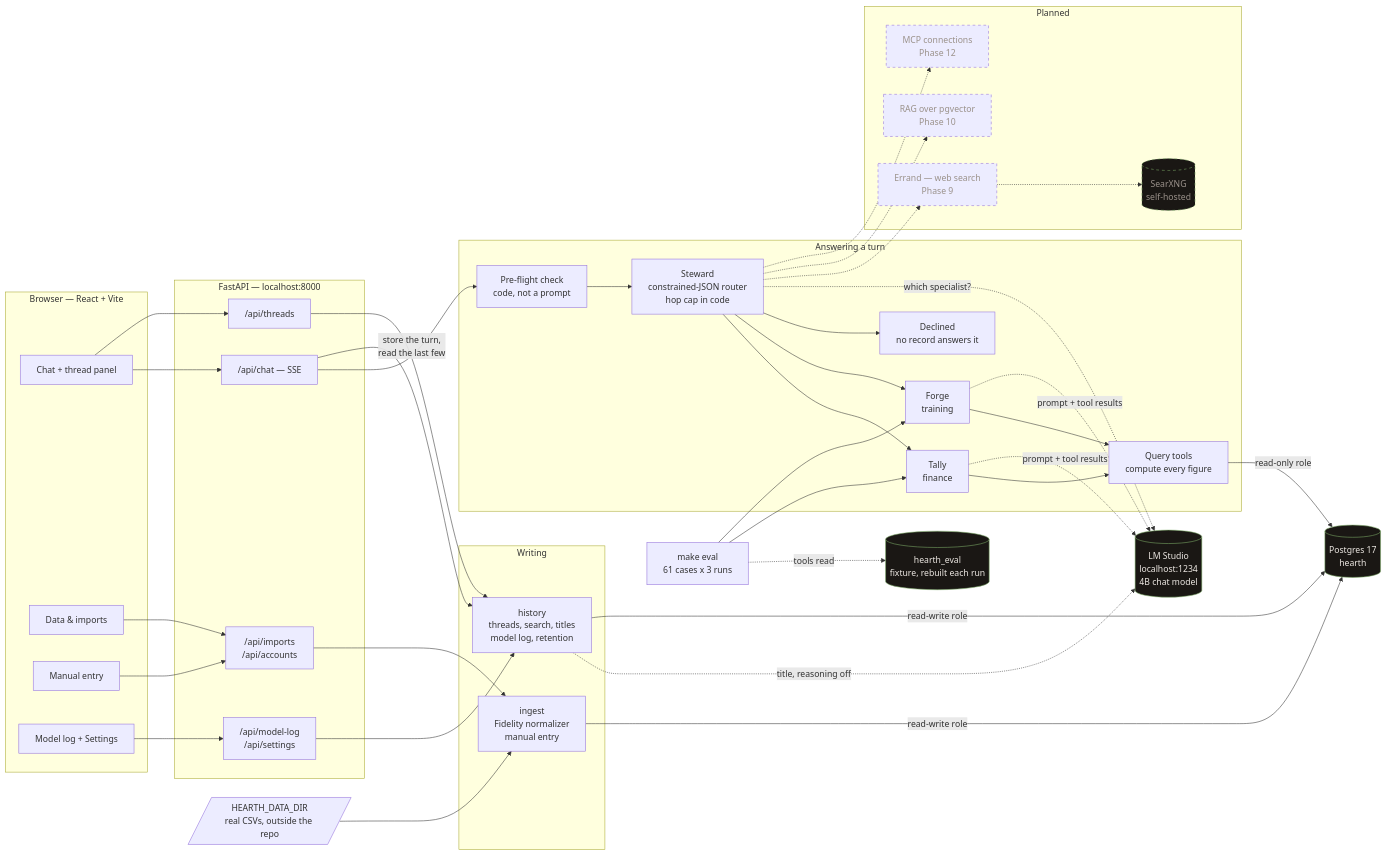
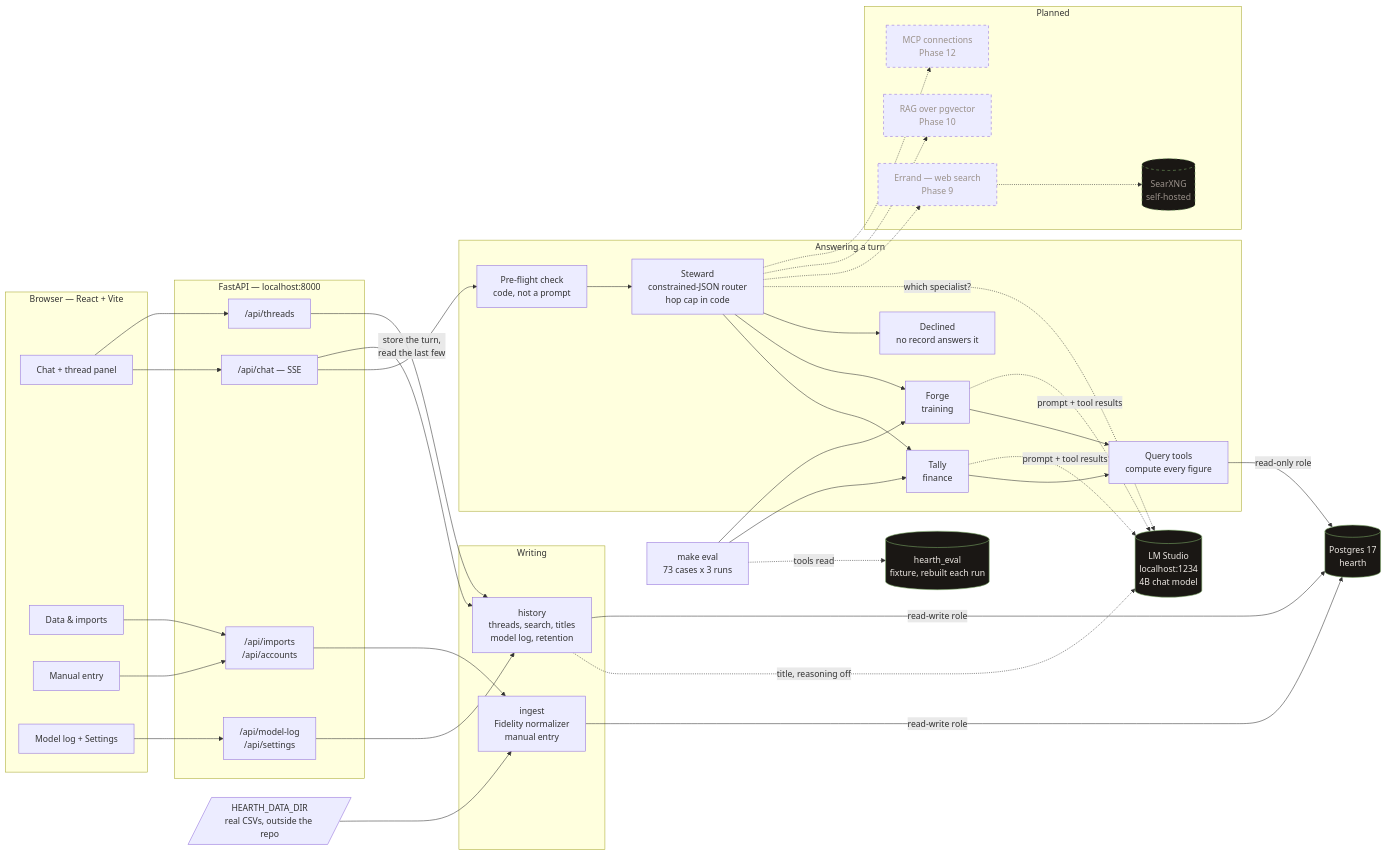
The first of 2 diagrams in README.md (jlthompson96/Hearth), drawn with Mermaid before and after one commit. The commit also changed other lines of this file, not shown here.

````diff
--- a/README.md
+++ b/README.md
@@ -24,81 +24,81 @@
 ```mermaid
 flowchart LR
   subgraph browser["Browser — React + Vite"]
     chatUI["Chat + thread panel"]
     importsUI["Data & imports"]
     entryUI["Manual entry"]
     logUI["Model log + Settings"]
   end
 
   subgraph api["FastAPI — localhost:8000"]
     chatRoute["/api/chat — SSE"]
     threadsRoute["/api/threads"]
     dataRoutes["/api/imports<br/>/api/accounts"]
     logRoutes["/api/model-log<br/>/api/settings"]
   end
 
   subgraph answering["Answering a turn"]
     steward["Steward<br/>constrained-JSON router<br/>hop cap in code"]
     declined["Declined<br/>no record answers it"]
     tally["Tally<br/>finance"]
     preflight["Pre-flight check<br/>code, not a prompt"]
     forge["Forge<br/>training"]
     tools["Query tools<br/>compute every figure"]
   end
 
   subgraph writing["Writing"]
     history["history<br/>threads, search, titles<br/>model log, retention"]
     ingest["ingest<br/>Fidelity normalizer<br/>manual entry"]
   end
 
   lmstudio[("LM Studio<br/>localhost:1234<br/>4B chat model")]
   pg[("Postgres 17<br/>hearth")]
   datadir[/"HEARTH_DATA_DIR<br/>real CSVs, outside the repo"/]
-  evals["make eval<br/>61 cases x 3 runs"]
+  evals["make eval<br/>73 cases x 3 runs"]
   evaldb[("hearth_eval<br/>fixture, rebuilt each run")]
 
   subgraph planned["Planned"]
     errand["Errand — web search<br/>Phase 9"]
     searx[("SearXNG<br/>self-hosted")]
     rag["RAG over pgvector<br/>Phase 10"]
     mcp["MCP connections<br/>Phase 12"]
   end
 
   chatUI --> chatRoute
   chatUI --> threadsRoute
   importsUI --> dataRoutes
   entryUI --> dataRoutes
   logUI --> logRoutes --> history
 
   chatRoute --> preflight --> steward
   steward --> tally
   steward --> forge
   steward --> declined
   tally --> tools
   forge --> tools
   tools -- "read-only role" --> pg
   steward -. "which specialist?" .-> lmstudio
   tally -. "prompt + tool results" .-> lmstudio
   forge -. "prompt + tool results" .-> lmstudio
 
   chatRoute -- "store the turn,<br/>read the last few" --> history
   threadsRoute --> history
   history -. "title, reasoning off" .-> lmstudio
   history -- "read-write role" --> pg
   datadir --> ingest
   dataRoutes --> ingest
   ingest -- "read-write role" --> pg
 
   evals --> tally
   evals --> forge
   evals -. "tools read" .-> evaldb
 
   steward -.-> errand -.-> searx
   steward -.-> rag
   steward -.-> mcp
 
   classDef store fill:#1a1714,stroke:#7fb069,color:#ede8e3
   classDef future stroke-dasharray: 5 5,color:#9a918a
   class pg,evaldb,lmstudio,searx store
   class errand,searx,rag,mcp future
 ```
````
